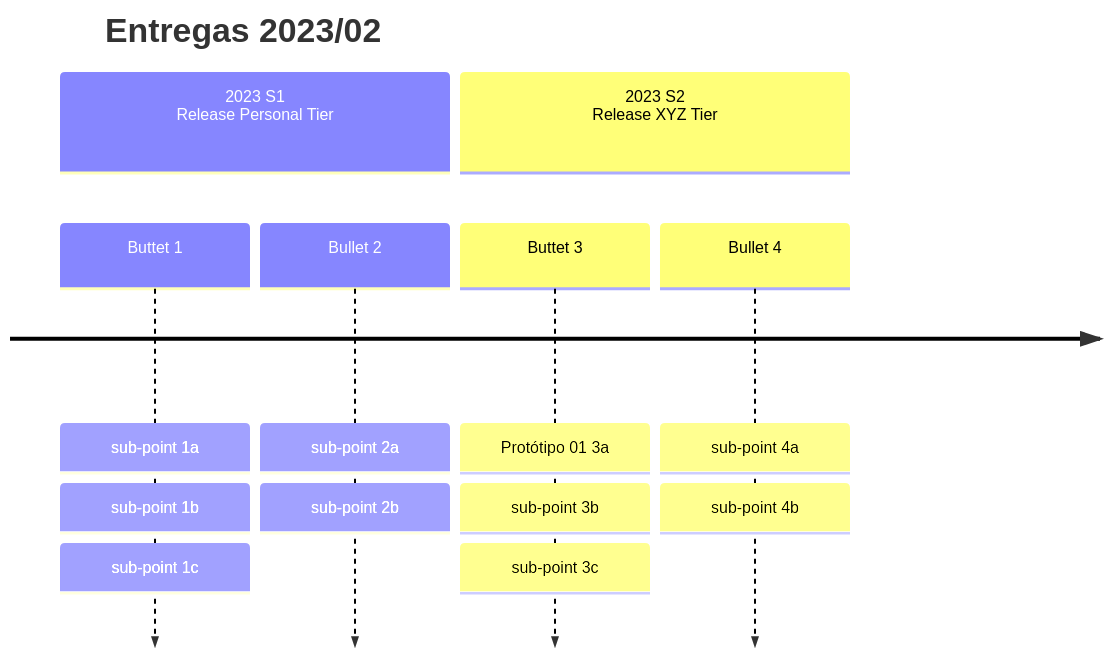
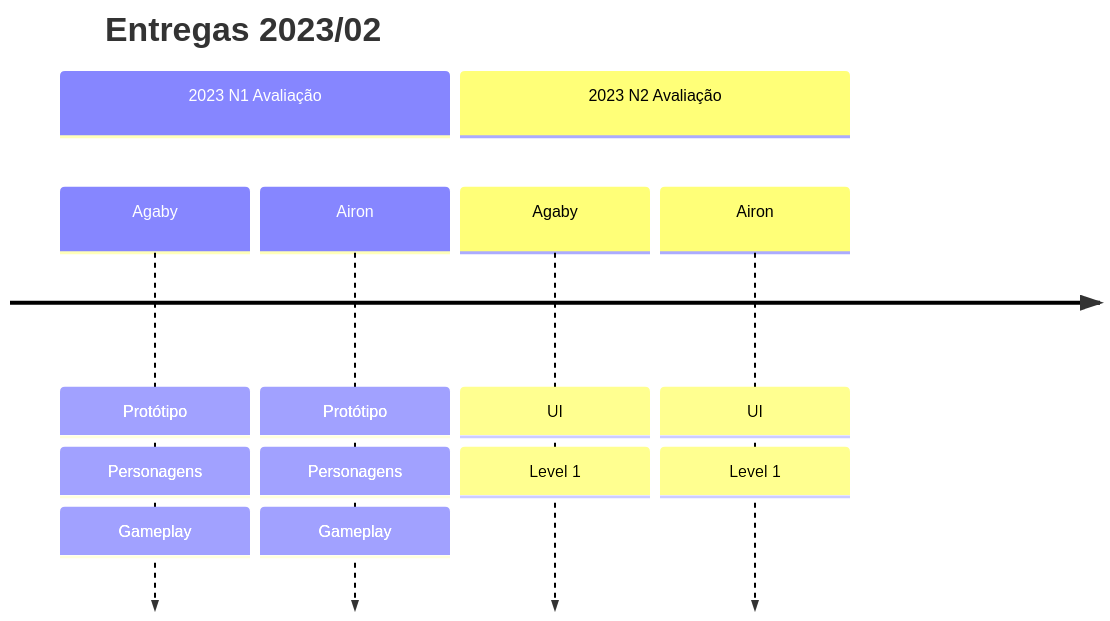
Before and after one commit to myerco/CafeGeek: the diagram in docs/_pages/planejamento/03-projetos-entregas.md, drawn with Mermaid. The commit also changed 1 other file, not shown here.

Commit message:
fix: gantt e timeline

```diff
--- a/docs/_pages/planejamento/03-projetos-entregas.md
+++ b/docs/_pages/planejamento/03-projetos-entregas.md
@@ -19,12 +19,16 @@
 <div class="mermaid">
 timeline
         title Entregas 2023/02
-        section 2023 S1 <br> Release Personal Tier
-          Buttet 1 : sub-point 1a : sub-point 1b
-               : sub-point 1c
-          Bullet 2 : sub-point 2a : sub-point 2b
-        section 2023 S2 <br> Release XYZ Tier
-          Buttet 3 : Protótipo 01 3a : sub-point 3b
-               : sub-point 3c
-          Bullet 4 : sub-point 4a : sub-point 4b
+        section 2023 N1 Avaliação
+          Agaby : Protótipo
+                : Personagens
+                : Gameplay
+          Airon : Protótipo
+                : Personagens
+                : Gameplay
+        section 2023 N2 Avaliação
+          Agaby : UI
+                : Level 1
+          Airon : UI
+                : Level 1
 </div>
```
